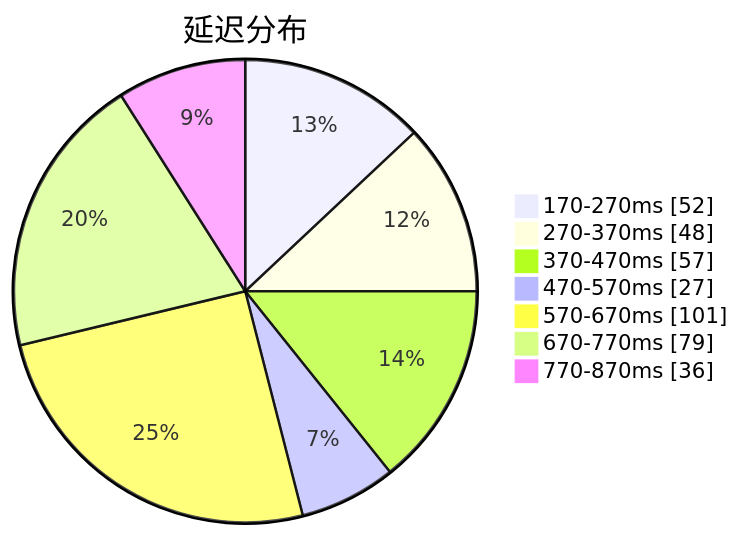
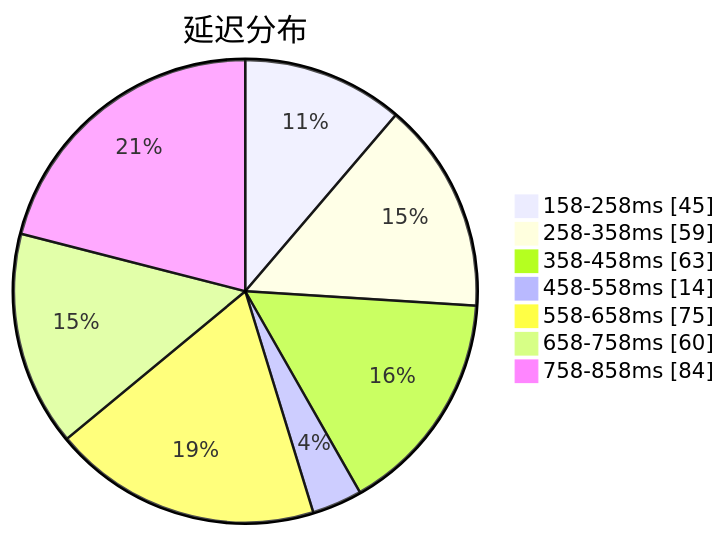
The first of 3 diagrams in subs/statistics/tested_within.md (qjlxg/airport), drawn with Mermaid before and after one commit. The commit also changed other lines of this file and 2 other files, not shown here.

````diff
--- a/subs/statistics/tested_within.md
+++ b/subs/statistics/tested_within.md
@@ -2,11 +2,11 @@
 ```mermaid
 pie showData
 title 延迟分布
-"170-270ms" : 52
-"270-370ms" : 48
-"370-470ms" : 57
-"470-570ms" : 27
-"570-670ms" : 101
-"670-770ms" : 79
-"770-870ms" : 36
+"158-258ms" : 45
+"258-358ms" : 59
+"358-458ms" : 63
+"458-558ms" : 14
+"558-658ms" : 75
+"658-758ms" : 60
+"758-858ms" : 84
 ```
````
